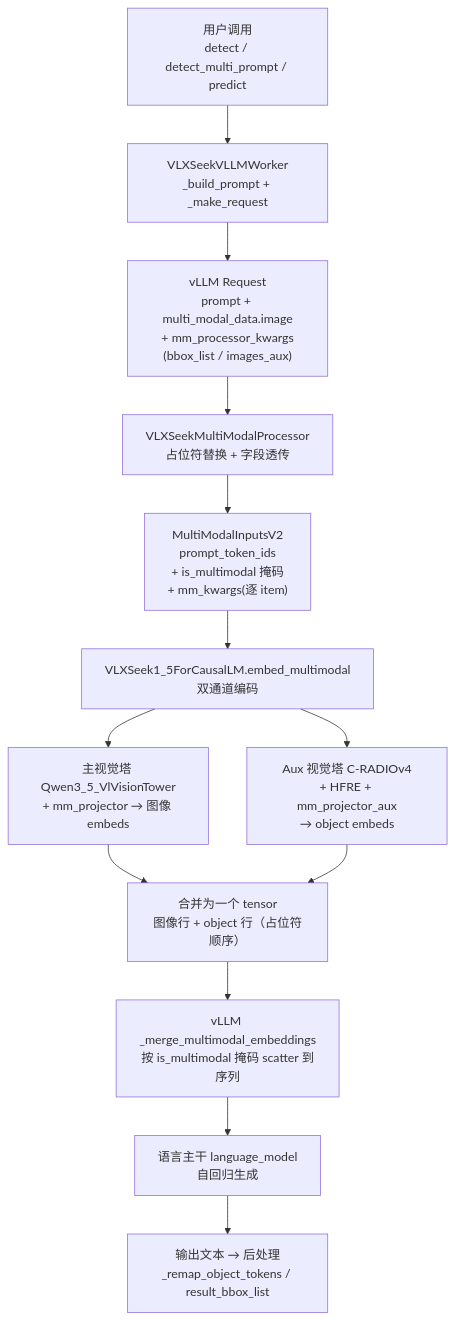
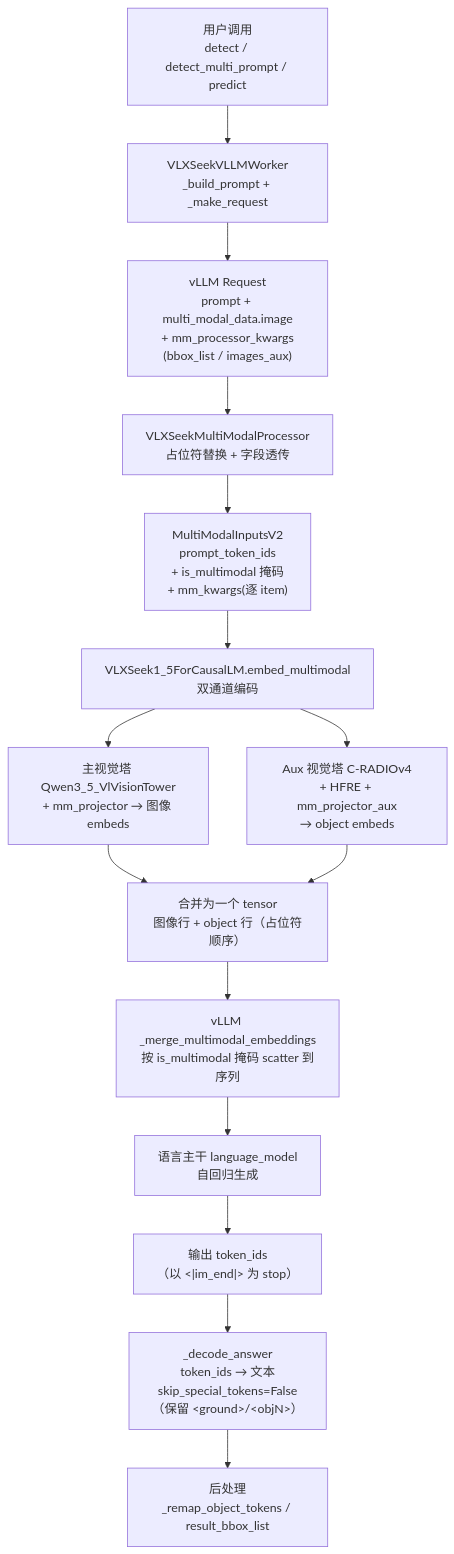
Before and after one commit to SunHao-AI/VLX-Seek: the first of 3 diagrams in vllm_serve/data_flow.md, drawn with Mermaid. The commit also changed other lines of this file and 2 other files, not shown here.

````diff
--- a/vllm_serve/data_flow.md
+++ b/vllm_serve/data_flow.md
@@ -26,18 +27,20 @@
 ```mermaid
 flowchart TD
     U["用户调用<br/>detect / detect_multi_prompt / predict"] --> W["VLXSeekVLLMWorker<br/>_build_prompt + _make_request"]
     W --> REQ["vLLM Request<br/>prompt + multi_modal_data.image<br/>+ mm_processor_kwargs<br/>(bbox_list / images_aux)"]
 
     REQ --> P["VLXSeekMultiModalProcessor<br/>占位符替换 + 字段透传"]
     P --> INPUTS["MultiModalInputsV2<br/>prompt_token_ids<br/>+ is_multimodal 掩码<br/>+ mm_kwargs(逐 item)"]
 
     INPUTS --> E["VLXSeek1_5ForCausalLM.embed_multimodal<br/>双通道编码"]
     E --> IMG["主视觉塔 Qwen3_5_VlVisionTower<br/>+ mm_projector → 图像 embeds"]
     E --> OBJ["Aux 视觉塔 C-RADIOv4<br/>+ HFRE + mm_projector_aux<br/>→ object embeds"]
     IMG --> MERGE["合并为一个 tensor<br/>图像行 + object 行（占位符顺序）"]
     OBJ --> MERGE
 
     MERGE --> SCAT["vLLM _merge_multimodal_embeddings<br/>按 is_multimodal 掩码 scatter 到序列"]
     SCAT --> LM["语言主干 language_model<br/>自回归生成"]
-    LM --> OUT["输出文本 → 后处理<br/>_remap_object_tokens / result_bbox_list"]
+    LM --> OUT["输出 token_ids<br/>（以 &lt;|im_end|&gt; 为 stop）"]
+    OUT --> DEC["_decode_answer<br/>token_ids → 文本<br/>skip_special_tokens=False<br/>（保留 &lt;ground&gt;/&lt;objN&gt;）"]
+    DEC --> POST["后处理<br/>_remap_object_tokens / result_bbox_list"]
 ```
````
